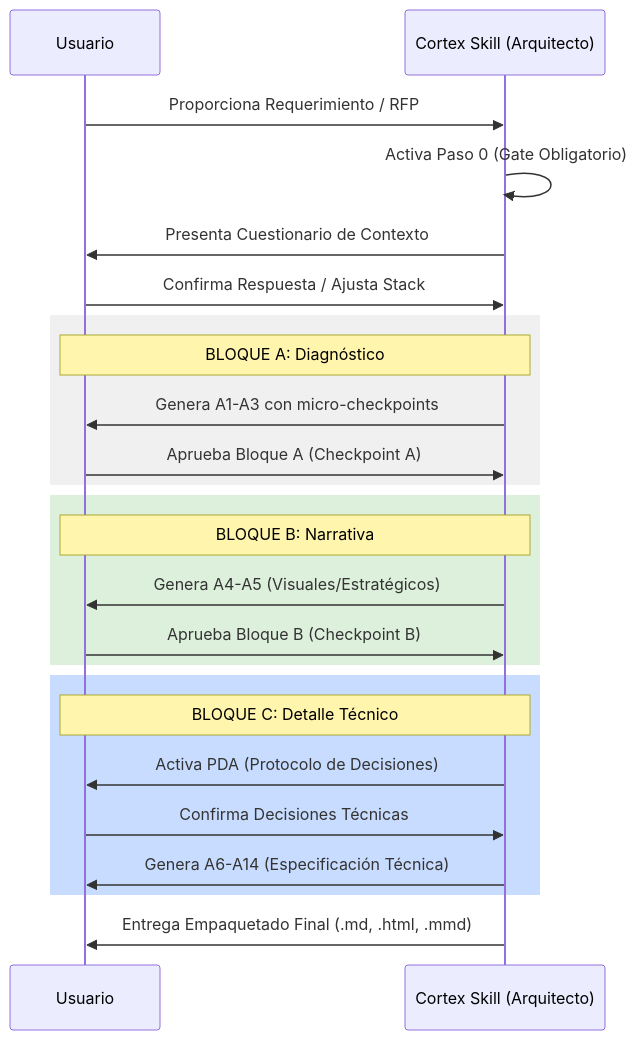
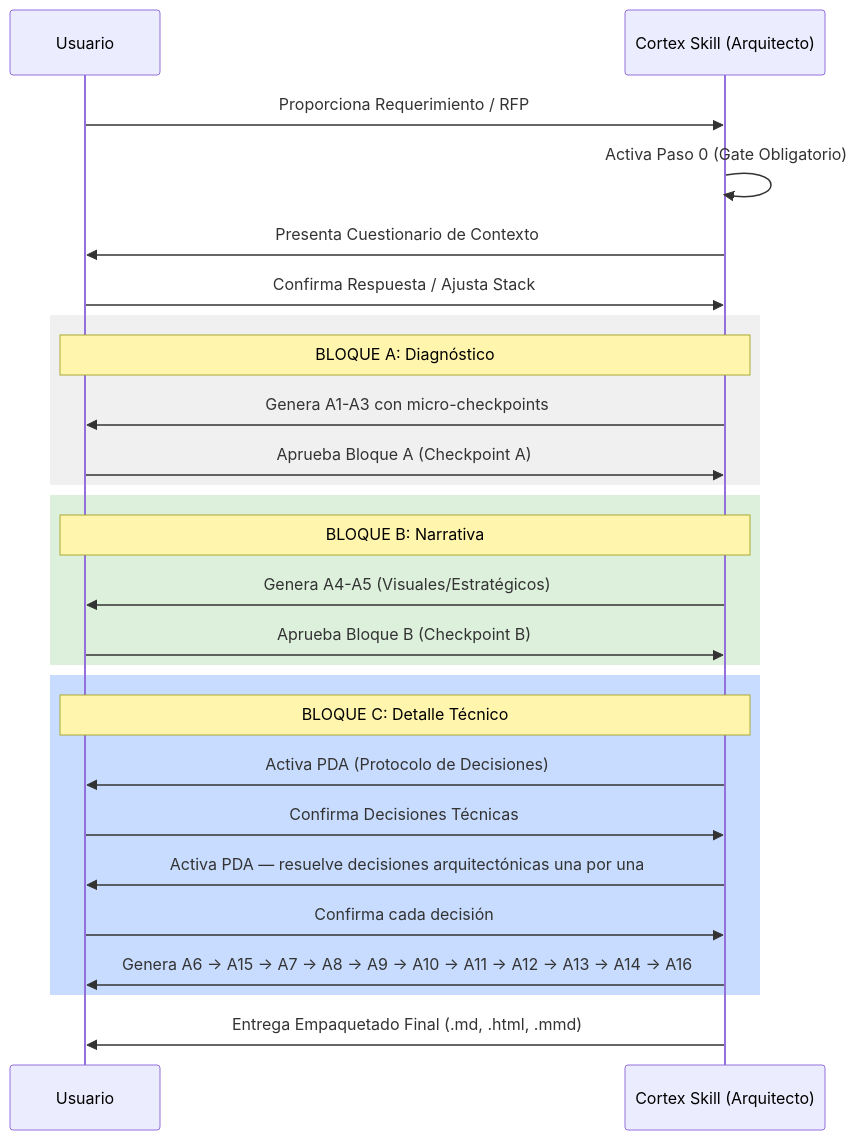
The second of 4 diagrams in README_es.md (alejandroSanchezCaceres/cortex-skill-architectural-analysis), drawn with Mermaid before and after one commit. The commit also changed other lines of this file and 3 other files, not shown here.

````diff
--- a/README_es.md
+++ b/README_es.md
@@ -59,31 +65,33 @@
 ```mermaid
 sequenceDiagram
     participant U as Usuario
     participant S as Cortex Skill (Arquitecto)
     
     U->>S: Proporciona Requerimiento / RFP
     S->>S: Activa Paso 0 (Gate Obligatorio)
     S->>U: Presenta Cuestionario de Contexto
     U->>S: Confirma Respuesta / Ajusta Stack
     
     Rect rgb(240, 240, 240)
         Note over S, U: BLOQUE A: Diagnóstico
         S->>U: Genera A1-A3 con micro-checkpoints
         U->>S: Aprueba Bloque A (Checkpoint A)
     End
     
     Rect rgb(220, 240, 220)
         Note over S, U: BLOQUE B: Narrativa
         S->>U: Genera A4-A5 (Visuales/Estratégicos)
         U->>S: Aprueba Bloque B (Checkpoint B)
     End
     
     Rect rgb(200, 220, 255)
         Note over S, U: BLOQUE C: Detalle Técnico
         S->>U: Activa PDA (Protocolo de Decisiones)
         U->>S: Confirma Decisiones Técnicas
-        S->>U: Genera A6-A14 (Especificación Técnica)
+        S->>U: Activa PDA — resuelve decisiones arquitectónicas una por una
+        U->>S: Confirma cada decisión
+        S->>U: Genera A6 → A15 → A7 → A8 → A9 → A10 → A11 → A12 → A13 → A14 → A16
     End
     
     S->>U: Entrega Empaquetado Final (.md, .html, .mmd)
 ```
````
